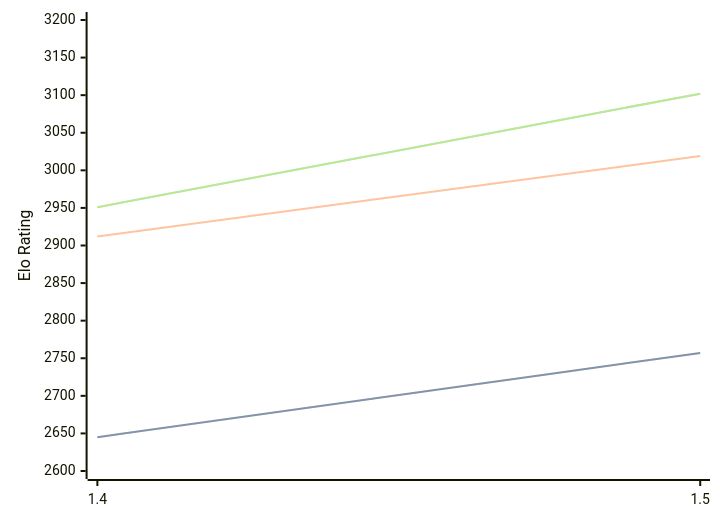
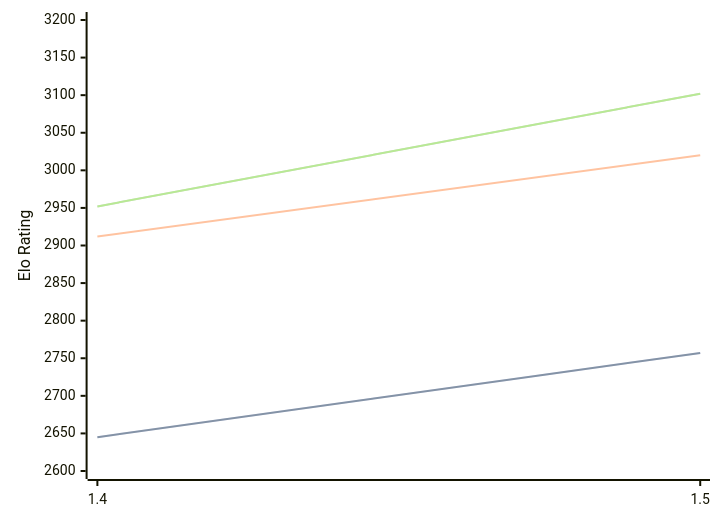
Before and after one commit to computer-chess-index/cci: the diagram in engines/Yakka.md, drawn with Mermaid. The commit also changed other lines of this file, not shown here.

Commit message:
Update CCI Ratings (ELO VLTC) - 2026-08-19

````diff
--- a/engines/Yakka.md
+++ b/engines/Yakka.md
@@ -32,11 +32,11 @@
 ```mermaid
 %%{init: {"theme":"base","themeVariables":{"seriesColors:['#a3a3a3','#222221','#faa371']}}}%%
 xychart-beta
   x-axis ["1.4", "1.5"]
   y-axis "Elo Rating" 2600 --> 3200
   line "STC (8.0+0.08s)" [2645, 2757]
   line "STC (8.0+0.08s)" [2645, 2757]
-  line "LTC (60.0+0.60s)" [2912, 3019]
-  line "VLTC (2m24s+1.12s)" [2951, 3102]
-  line "VLTC (2m24s+1.12s)" [2951, 3102]
+  line "LTC (60.0+0.60s)" [2912, 3020]
+  line "VLTC (2m24s+1.12s)" [2952, 3102]
+  line "VLTC (2m24s+1.12s)" [2952, 3102]
 ```
````
